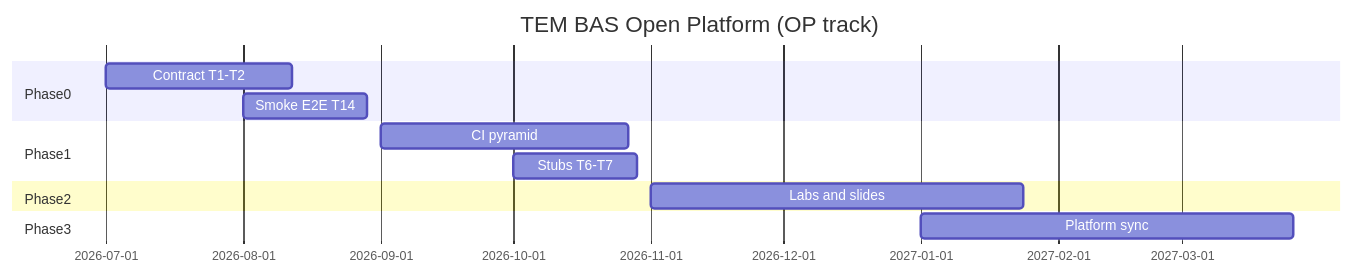
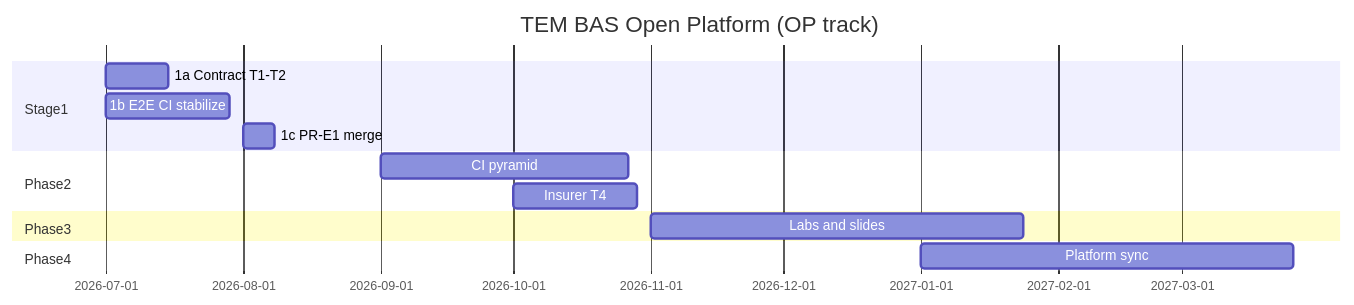
Before and after one commit to sergeysobolev-spbu/sbd-drones-economics: the third of 4 diagrams in docs/ai_dev_tasks.md, drawn with Mermaid. The commit also changed other lines of this file, not shown here.

First line of the commit message:
docs(ai_dev_tasks): v1.1 stage-1 plan and system-agents

````diff
--- a/docs/ai_dev_tasks.md
+++ b/docs/ai_dev_tasks.md
@@ -434,15 +500,16 @@
 ```mermaid
 gantt
   title TEM BAS Open Platform (OP track)
   dateFormat YYYY-MM
-  section Phase0
-  Contract T1-T2     :2026-07, 6w
-  Smoke E2E T14      :2026-08, 4w
-  section Phase1
-  CI pyramid         :2026-09, 8w
-  Stubs T6-T7        :2026-10, 4w
+  section Stage1
+  1a Contract T1-T2   :2026-07, 2w
+  1b E2E CI stabilize  :2026-07, 4w
+  1c PR-E1 merge       :2026-08, 1w
   section Phase2
-  Labs and slides    :2026-11, 12w
+  CI pyramid           :2026-09, 8w
+  Insurer T4           :2026-10, 4w
   section Phase3
-  Platform sync      :2027-01, 12w
+  Labs and slides      :2026-11, 12w
+  section Phase4
+  Platform sync        :2027-01, 12w
 ```
````
